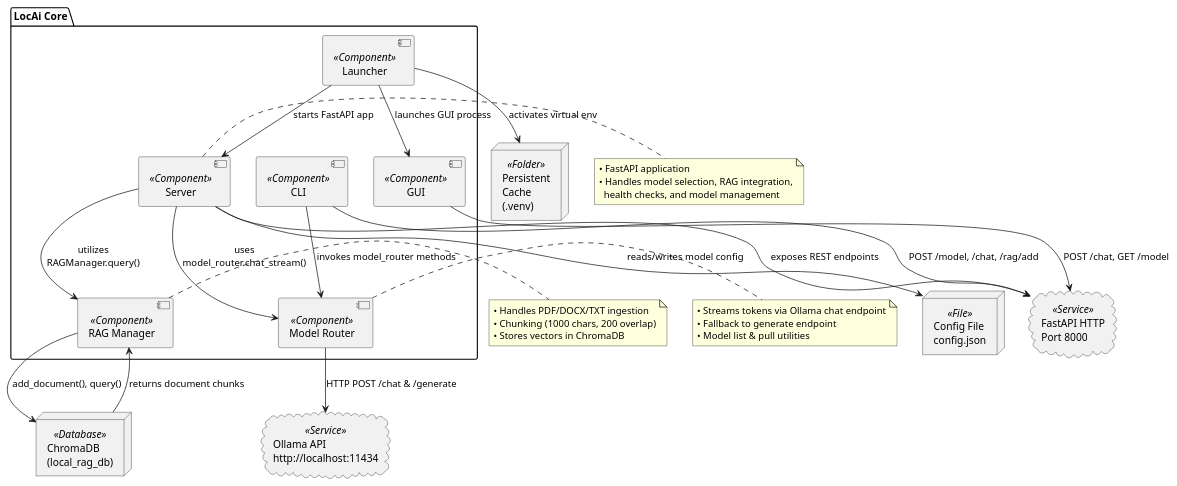
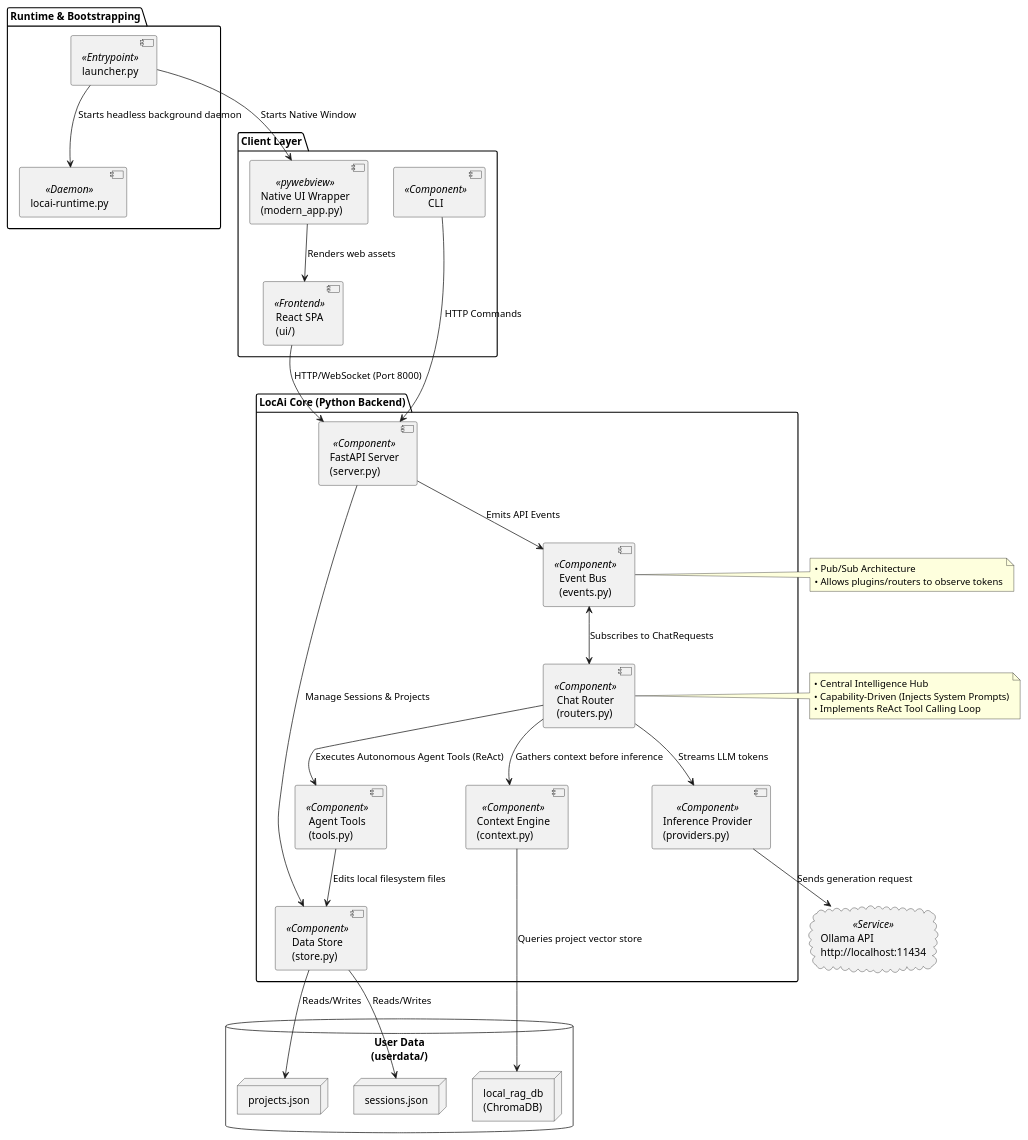
The diagram in architecture.puml (pranavakshit/LocAi), drawn with PlantUML before and after one commit. The commit also changed 12 other files, not shown here.

```diff
--- a/architecture.puml
+++ b/architecture.puml
@@ -1,68 +1,80 @@
 @startuml
 ' ==========================================================
-' LocAi Architecture – detailed component view
+' LocAi Architecture vNext – Capability-Driven Agent Platform
 ' ==========================================================
-' Packages for logical grouping
-package "LocAi Core" {
-  [Server]           as server   <<Component>>
-  [RAG Manager]      as rag      <<Component>>
-  [Model Router]     as model    <<Component>>
-  [CLI]              as cli      <<Component>>
-  [GUI]              as gui      <<Component>>
-  [Launcher]         as launcher <<Component>>
+
+package "LocAi Core (Python Backend)" {
+  [FastAPI Server\n(server.py)]    as server     <<Component>>
+  [Event Bus\n(events.py)]         as eventbus   <<Component>>
+  [Chat Router\n(routers.py)]      as router     <<Component>>
+  [Context Engine\n(context.py)]   as context    <<Component>>
+  [Inference Provider\n(providers.py)] as provider <<Component>>
+  [Data Store\n(store.py)]         as store      <<Component>>
+  [Agent Tools\n(tools.py)]        as tools      <<Component>>
+}
+
+package "Client Layer" {
+  [Native UI Wrapper\n(modern_app.py)] as gui <<pywebview>>
+  [React SPA\n(ui/)] as react <<Frontend>>
+  [CLI] as cli <<Component>>
+}
+
+package "Runtime & Bootstrapping" {
+  [locai-runtime.py] as runtime <<Daemon>>
+  [launcher.py] as launcher <<Entrypoint>>
 }
 
 ' ==========================================================
-' Internal data stores
+' Internal Data Stores
 ' ==========================================================
-node "ChromaDB\n(local_rag_db)" as db <<Database>>
-node "Config File\nconfig.json" as cfg <<File>>
-node "Persistent\nCache\n(.venv)" as venv <<Folder>>
+database "User Data\n(userdata/)" {
+  node "projects.json" as projects
+  node "sessions.json" as sessions
+  node "local_rag_db\n(ChromaDB)" as db
+}
 
 ' ==========================================================
-' External services
+' External Services
 ' ==========================================================
 cloud "Ollama API\nhttp://localhost:11434" as ollama <<Service>>
-cloud "FastAPI HTTP\nPort 8000" as http <<Service>>
 
 ' ==========================================================
-' Relationships – API calls & data flow
+' Relationships – Execution Flow
 ' ==========================================================
-server --> model  : uses\nmodel_router.chat_stream()
-server --> rag    : utilizes\nRAGManager.query()
-server --> http   : exposes REST endpoints
-server --> cfg    : reads/writes model config
+launcher --> runtime : Starts headless background daemon
+launcher --> gui : Starts Native Window
 
-cli --> http        : POST /model, /chat, /rag/add
-cli --> model       : invokes model_router methods
-gui --> http        : POST /chat, GET /model
-launcher --> gui    : launches GUI process
-launcher --> server : starts FastAPI app
-launcher --> venv   : activates virtual env
+gui --> react : Renders web assets
+react --> server : HTTP/WebSocket (Port 8000)
+cli --> server : HTTP Commands
 
-model --> ollama    : HTTP POST /chat & /generate
-rag --> db          : add_document(), query()
-db --> rag          : returns document chunks
+server --> store : Manage Sessions & Projects
+server --> eventbus : Emits API Events
+eventbus <--> router : Subscribes to ChatRequests
+
+router --> context : Gathers context before inference
+context --> db : Queries project vector store
+router --> provider : Streams LLM tokens
+provider --> ollama : Sends generation request
+
+router --> tools : Executes Autonomous Agent Tools (ReAct)
+tools --> store : Edits local filesystem files
+
+store --> projects : Reads/Writes
+store --> sessions : Reads/Writes
 
 ' ==========================================================
-' Additional notes
+' Additional Notes
 ' ==========================================================
-note right of server
-  • FastAPI application
-  • Handles model selection, RAG integration,
-    health checks, and model management
+note right of router
+  • Central Intelligence Hub
+  • Capability-Driven (Injects System Prompts)
+  • Implements ReAct Tool Calling Loop
 end note
 
-note right of rag
-  • Handles PDF/DOCX/TXT ingestion
-  • Chunking (1000 chars, 200 overlap)
-  • Stores vectors in ChromaDB
-end note
-
-note right of model
-  • Streams tokens via Ollama chat endpoint
-  • Fallback to generate endpoint
-  • Model list & pull utilities
+note right of eventbus
+  • Pub/Sub Architecture
+  • Allows plugins/routers to observe tokens
 end note
 
 @enduml
```
